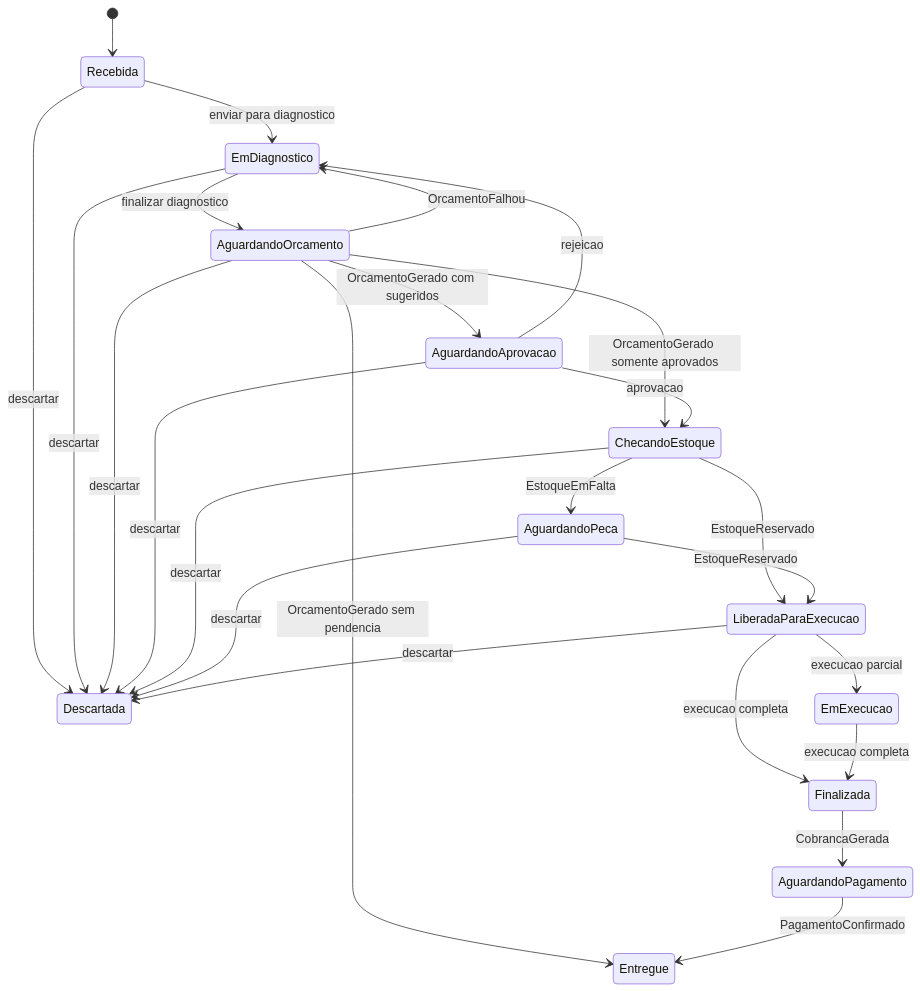
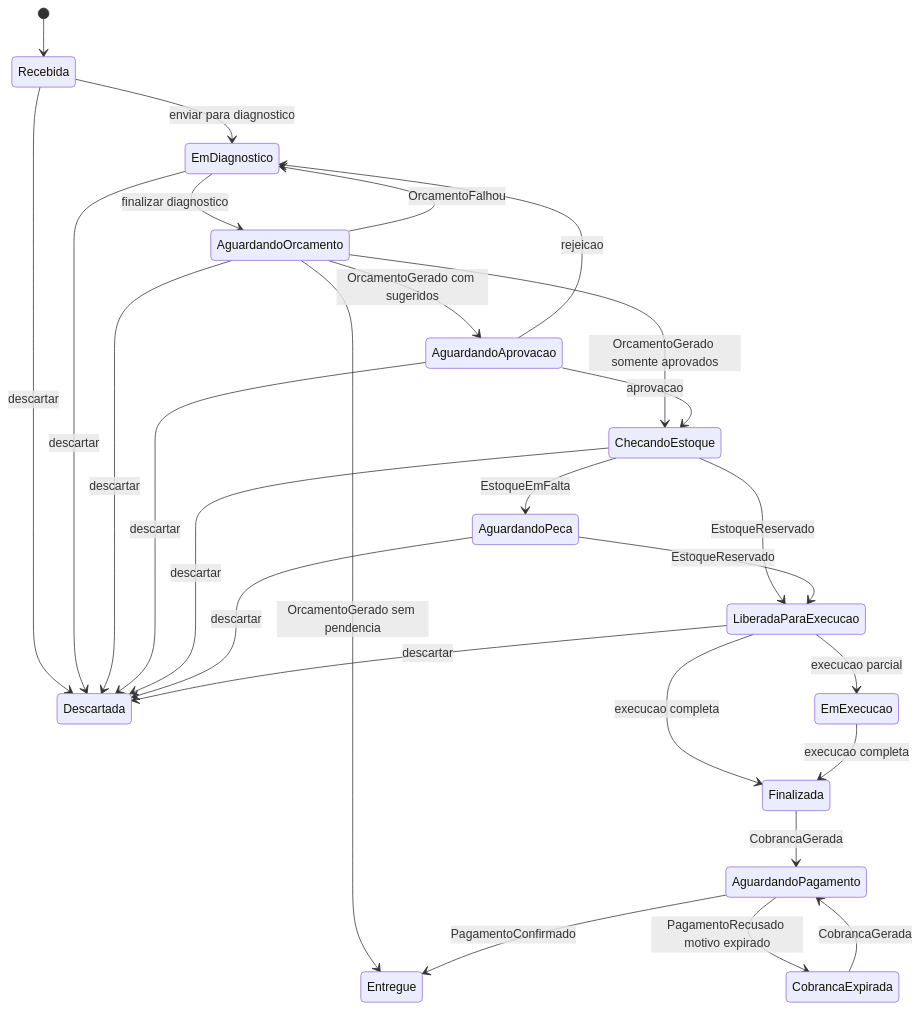
The first of 7 diagrams in docs/saga.md (fiap-vcosta/e2e), drawn with Mermaid before and after one commit. The commit also changed other lines of this file and 3 other files, not shown here.

First line of the commit message:
Document CobrancaExpirada on expired Pix compensation. (#21)

````diff
--- a/docs/saga.md
+++ b/docs/saga.md
@@ -28,27 +29,29 @@
 ```mermaid
 stateDiagram-v2
     [*] --> Recebida
     Recebida --> EmDiagnostico: enviar para diagnostico
     Recebida --> Descartada: descartar
     EmDiagnostico --> AguardandoOrcamento: finalizar diagnostico
     EmDiagnostico --> Descartada: descartar
     AguardandoOrcamento --> EmDiagnostico: OrcamentoFalhou
     AguardandoOrcamento --> AguardandoAprovacao: OrcamentoGerado com sugeridos
     AguardandoOrcamento --> ChecandoEstoque: OrcamentoGerado somente aprovados
     AguardandoOrcamento --> Entregue: OrcamentoGerado sem pendencia
     AguardandoOrcamento --> Descartada: descartar
     AguardandoAprovacao --> EmDiagnostico: rejeicao
     AguardandoAprovacao --> ChecandoEstoque: aprovacao
     AguardandoAprovacao --> Descartada: descartar
     ChecandoEstoque --> LiberadaParaExecucao: EstoqueReservado
     ChecandoEstoque --> AguardandoPeca: EstoqueEmFalta
     ChecandoEstoque --> Descartada: descartar
     AguardandoPeca --> LiberadaParaExecucao: EstoqueReservado
     AguardandoPeca --> Descartada: descartar
     LiberadaParaExecucao --> EmExecucao: execucao parcial
     LiberadaParaExecucao --> Finalizada: execucao completa
     LiberadaParaExecucao --> Descartada: descartar
     EmExecucao --> Finalizada: execucao completa
     Finalizada --> AguardandoPagamento: CobrancaGerada
     AguardandoPagamento --> Entregue: PagamentoConfirmado
+    AguardandoPagamento --> CobrancaExpirada: PagamentoRecusado motivo expirado
+    CobrancaExpirada --> AguardandoPagamento: CobrancaGerada
 ```
````
